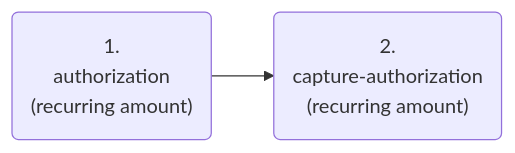
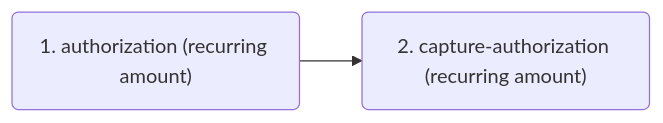
Before and after one commit to wirecard/merchant-documentation-gateway: the ninth of 17 diagrams in 11-01-09-three-d-secure-two-payment-flows.adoc, drawn with Mermaid. The commit also changed other lines of this file and 1 other file, not shown here.

Commit message:
Update diagrams

```diff
--- a/11-01-09-three-d-secure-two-payment-flows.adoc
+++ b/11-01-09-three-d-secure-two-payment-flows.adoc
@@ -1733,5 +1733,5 @@
 [mermaid,API_CC_3DS2_PaymentFlows_MIT_FirstPaymentAndSubscription_Subscription_TwoStep,svg,width=60]
 ----
 graph LR
-A("<center>1.<br>authorization<br>(recurring amount)</center>")-->B("<center>2.<br>capture-authorization<br>(recurring amount)</center>")
+A("1. authorization (recurring amount)")-->B("2. capture-authorization (recurring amount)")
 ----
```
